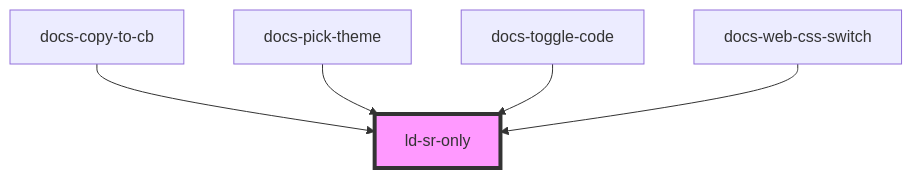
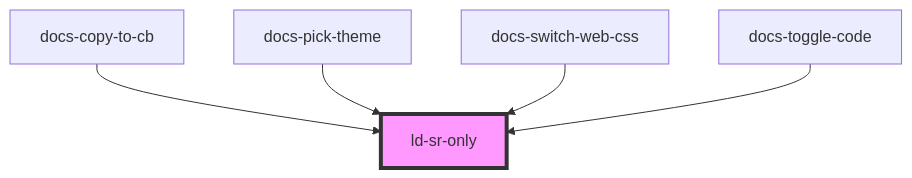
One commit to emdgroup-liquid/liquid changed the diagram in src/liquid/components/ld-sr-only/readme.md. Above: the diagram before and after it, drawn with Mermaid. The commit also changed other lines of this file and 14 other files, not shown here.

````diff
--- a/src/liquid/components/ld-sr-only/readme.md
+++ b/src/liquid/components/ld-sr-only/readme.md
@@ -43,8 +41,8 @@
 ```mermaid
 graph TD;
   docs-copy-to-cb --> ld-sr-only
   docs-pick-theme --> ld-sr-only
+  docs-switch-web-css --> ld-sr-only
   docs-toggle-code --> ld-sr-only
-  docs-web-css-switch --> ld-sr-only
   style ld-sr-only fill:#f9f,stroke:#333,stroke-width:4px
 ```
````
